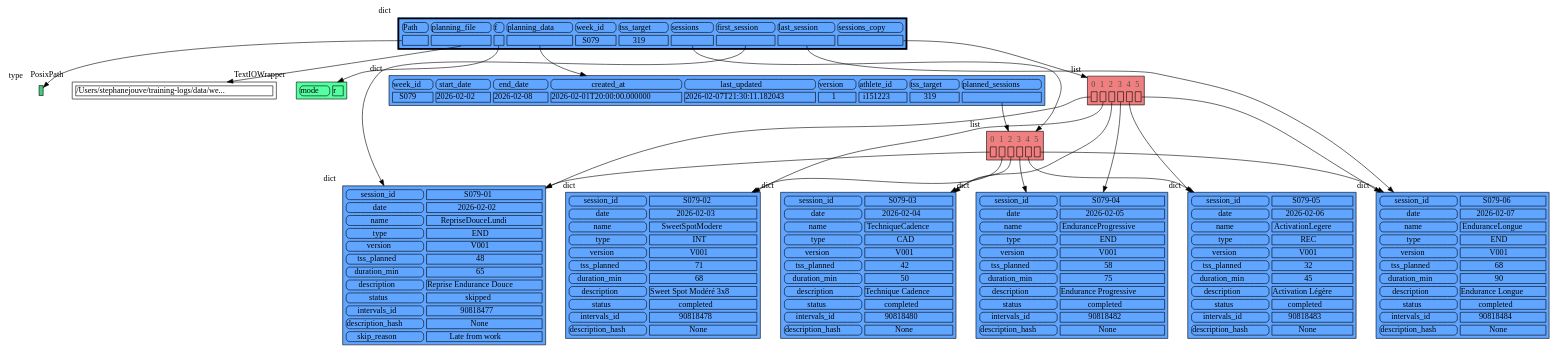
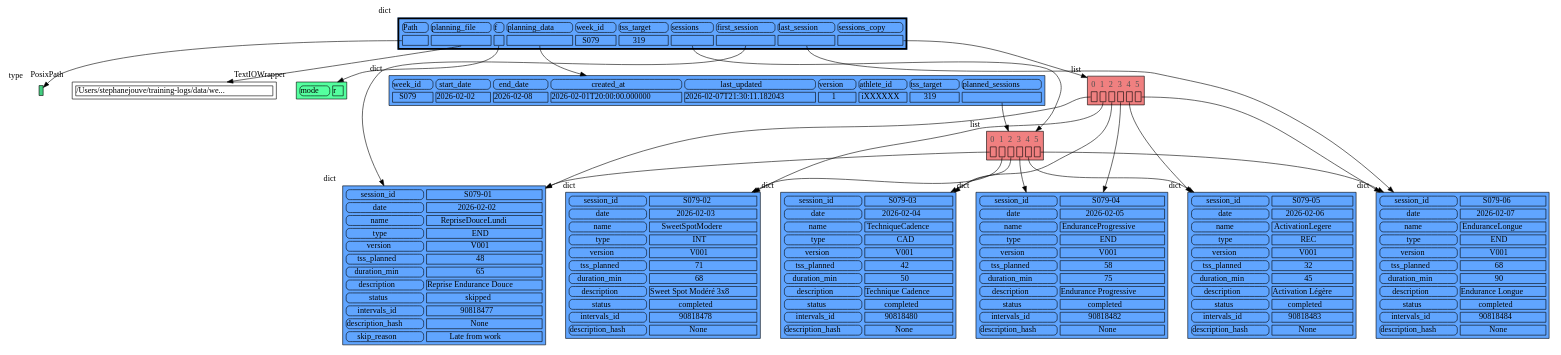
One commit to stephanejouve/magma-cycling changed the diagram in project-docs/archives/memory-graph-experiments/memory_graph_planning.gv. Above: the diagram before and after it, drawn with Graphviz. The commit also changed 34 other files, not shown here.

```diff
--- a/project-docs/archives/memory-graph-experiments/memory_graph_planning.gv
+++ b/project-docs/archives/memory-graph-experiments/memory_graph_planning.gv
@@ -1,158 +1,158 @@
 digraph memory_graph {
 	graph [fontname="Times-Roman" fontsize=14]
 	node [fontname="Times-Roman" fontsize=14 shape=plaintext]
 	edge [fontname="Times-Roman" fontsize=14]
 	node140293588569104 [label=<
 <TABLE BORDER="1" CELLBORDER="1" CELLSPACING="0" CELLPADDING="0" BGCOLOR="seagreen3" PORT="table">
     <TR><TD BORDER="0"> </TD></TR>
 </TABLE>
 > xlabel=type]
 	node4435326704 [label=<
 <TABLE BORDER="1" CELLBORDER="1" CELLSPACING="5" CELLPADDING="0" BGCOLOR="white" PORT="table">
     <TR><TD BORDER="1"> /Users/stephanejouve/training-logs/data/we... </TD></TR>
 </TABLE>
 > xlabel=PosixPath]
 	node4432517760 [label=<
 <TABLE BORDER="1" CELLBORDER="1" CELLSPACING="5" CELLPADDING="0" BGCOLOR="seagreen1" PORT="table">
     <TR><TD BORDER="1" STYLE="ROUNDED"> mode </TD><TD BORDER="1"> r </TD></TR>
 </TABLE>
 > xlabel=TextIOWrapper]
 	node4435983360 [label=<
 <TABLE BORDER="1" CELLBORDER="1" CELLSPACING="5" CELLPADDING="0" BGCOLOR="#60a5ff" PORT="table">
     <TR><TD BORDER="1" STYLE="ROUNDED"> session_id </TD><TD BORDER="1"> S079-01 </TD></TR>
     <TR><TD BORDER="1" STYLE="ROUNDED"> date </TD><TD BORDER="1"> 2026-02-02 </TD></TR>
     <TR><TD BORDER="1" STYLE="ROUNDED"> name </TD><TD BORDER="1"> RepriseDouceLundi </TD></TR>
     <TR><TD BORDER="1" STYLE="ROUNDED"> type </TD><TD BORDER="1"> END </TD></TR>
     <TR><TD BORDER="1" STYLE="ROUNDED"> version </TD><TD BORDER="1"> V001 </TD></TR>
     <TR><TD BORDER="1" STYLE="ROUNDED"> tss_planned </TD><TD BORDER="1"> 48 </TD></TR>
     <TR><TD BORDER="1" STYLE="ROUNDED"> duration_min </TD><TD BORDER="1"> 65 </TD></TR>
     <TR><TD BORDER="1" STYLE="ROUNDED"> description </TD><TD BORDER="1"> Reprise Endurance Douce </TD></TR>
     <TR><TD BORDER="1" STYLE="ROUNDED"> status </TD><TD BORDER="1"> skipped </TD></TR>
     <TR><TD BORDER="1" STYLE="ROUNDED"> intervals_id </TD><TD BORDER="1"> 90818477 </TD></TR>
     <TR><TD BORDER="1" STYLE="ROUNDED"> description_hash </TD><TD BORDER="1"> None </TD></TR>
     <TR><TD BORDER="1" STYLE="ROUNDED"> skip_reason </TD><TD BORDER="1"> Late from work </TD></TR>
 </TABLE>
 > xlabel=dict]
 	node4435983680 [label=<
 <TABLE BORDER="1" CELLBORDER="1" CELLSPACING="5" CELLPADDING="0" BGCOLOR="#60a5ff" PORT="table">
     <TR><TD BORDER="1" STYLE="ROUNDED"> session_id </TD><TD BORDER="1"> S079-02 </TD></TR>
     <TR><TD BORDER="1" STYLE="ROUNDED"> date </TD><TD BORDER="1"> 2026-02-03 </TD></TR>
     <TR><TD BORDER="1" STYLE="ROUNDED"> name </TD><TD BORDER="1"> SweetSpotModere </TD></TR>
     <TR><TD BORDER="1" STYLE="ROUNDED"> type </TD><TD BORDER="1"> INT </TD></TR>
     <TR><TD BORDER="1" STYLE="ROUNDED"> version </TD><TD BORDER="1"> V001 </TD></TR>
     <TR><TD BORDER="1" STYLE="ROUNDED"> tss_planned </TD><TD BORDER="1"> 71 </TD></TR>
     <TR><TD BORDER="1" STYLE="ROUNDED"> duration_min </TD><TD BORDER="1"> 68 </TD></TR>
     <TR><TD BORDER="1" STYLE="ROUNDED"> description </TD><TD BORDER="1"> Sweet Spot Modéré 3x8 </TD></TR>
     <TR><TD BORDER="1" STYLE="ROUNDED"> status </TD><TD BORDER="1"> completed </TD></TR>
     <TR><TD BORDER="1" STYLE="ROUNDED"> intervals_id </TD><TD BORDER="1"> 90818478 </TD></TR>
     <TR><TD BORDER="1" STYLE="ROUNDED"> description_hash </TD><TD BORDER="1"> None </TD></TR>
 </TABLE>
 > xlabel=dict]
 	node4435761344 [label=<
 <TABLE BORDER="1" CELLBORDER="1" CELLSPACING="5" CELLPADDING="0" BGCOLOR="#60a5ff" PORT="table">
     <TR><TD BORDER="1" STYLE="ROUNDED"> session_id </TD><TD BORDER="1"> S079-03 </TD></TR>
     <TR><TD BORDER="1" STYLE="ROUNDED"> date </TD><TD BORDER="1"> 2026-02-04 </TD></TR>
     <TR><TD BORDER="1" STYLE="ROUNDED"> name </TD><TD BORDER="1"> TechniqueCadence </TD></TR>
     <TR><TD BORDER="1" STYLE="ROUNDED"> type </TD><TD BORDER="1"> CAD </TD></TR>
     <TR><TD BORDER="1" STYLE="ROUNDED"> version </TD><TD BORDER="1"> V001 </TD></TR>
     <TR><TD BORDER="1" STYLE="ROUNDED"> tss_planned </TD><TD BORDER="1"> 42 </TD></TR>
     <TR><TD BORDER="1" STYLE="ROUNDED"> duration_min </TD><TD BORDER="1"> 50 </TD></TR>
     <TR><TD BORDER="1" STYLE="ROUNDED"> description </TD><TD BORDER="1"> Technique Cadence </TD></TR>
     <TR><TD BORDER="1" STYLE="ROUNDED"> status </TD><TD BORDER="1"> completed </TD></TR>
     <TR><TD BORDER="1" STYLE="ROUNDED"> intervals_id </TD><TD BORDER="1"> 90818480 </TD></TR>
     <TR><TD BORDER="1" STYLE="ROUNDED"> description_hash </TD><TD BORDER="1"> None </TD></TR>
 </TABLE>
 > xlabel=dict]
 	node4435981184 [label=<
 <TABLE BORDER="1" CELLBORDER="1" CELLSPACING="5" CELLPADDING="0" BGCOLOR="#60a5ff" PORT="table">
     <TR><TD BORDER="1" STYLE="ROUNDED"> session_id </TD><TD BORDER="1"> S079-04 </TD></TR>
     <TR><TD BORDER="1" STYLE="ROUNDED"> date </TD><TD BORDER="1"> 2026-02-05 </TD></TR>
     <TR><TD BORDER="1" STYLE="ROUNDED"> name </TD><TD BORDER="1"> EnduranceProgressive </TD></TR>
     <TR><TD BORDER="1" STYLE="ROUNDED"> type </TD><TD BORDER="1"> END </TD></TR>
     <TR><TD BORDER="1" STYLE="ROUNDED"> version </TD><TD BORDER="1"> V001 </TD></TR>
     <TR><TD BORDER="1" STYLE="ROUNDED"> tss_planned </TD><TD BORDER="1"> 58 </TD></TR>
     <TR><TD BORDER="1" STYLE="ROUNDED"> duration_min </TD><TD BORDER="1"> 75 </TD></TR>
     <TR><TD BORDER="1" STYLE="ROUNDED"> description </TD><TD BORDER="1"> Endurance Progressive </TD></TR>
     <TR><TD BORDER="1" STYLE="ROUNDED"> status </TD><TD BORDER="1"> completed </TD></TR>
     <TR><TD BORDER="1" STYLE="ROUNDED"> intervals_id </TD><TD BORDER="1"> 90818482 </TD></TR>
     <TR><TD BORDER="1" STYLE="ROUNDED"> description_hash </TD><TD BORDER="1"> None </TD></TR>
 </TABLE>
 > xlabel=dict]
 	node4435983232 [label=<
 <TABLE BORDER="1" CELLBORDER="1" CELLSPACING="5" CELLPADDING="0" BGCOLOR="#60a5ff" PORT="table">
     <TR><TD BORDER="1" STYLE="ROUNDED"> session_id </TD><TD BORDER="1"> S079-05 </TD></TR>
     <TR><TD BORDER="1" STYLE="ROUNDED"> date </TD><TD BORDER="1"> 2026-02-06 </TD></TR>
     <TR><TD BORDER="1" STYLE="ROUNDED"> name </TD><TD BORDER="1"> ActivationLegere </TD></TR>
     <TR><TD BORDER="1" STYLE="ROUNDED"> type </TD><TD BORDER="1"> REC </TD></TR>
     <TR><TD BORDER="1" STYLE="ROUNDED"> version </TD><TD BORDER="1"> V001 </TD></TR>
     <TR><TD BORDER="1" STYLE="ROUNDED"> tss_planned </TD><TD BORDER="1"> 32 </TD></TR>
     <TR><TD BORDER="1" STYLE="ROUNDED"> duration_min </TD><TD BORDER="1"> 45 </TD></TR>
     <TR><TD BORDER="1" STYLE="ROUNDED"> description </TD><TD BORDER="1"> Activation Légère </TD></TR>
     <TR><TD BORDER="1" STYLE="ROUNDED"> status </TD><TD BORDER="1"> completed </TD></TR>
     <TR><TD BORDER="1" STYLE="ROUNDED"> intervals_id </TD><TD BORDER="1"> 90818483 </TD></TR>
     <TR><TD BORDER="1" STYLE="ROUNDED"> description_hash </TD><TD BORDER="1"> None </TD></TR>
 </TABLE>
 > xlabel=dict]
 	node4435983104 [label=<
 <TABLE BORDER="1" CELLBORDER="1" CELLSPACING="5" CELLPADDING="0" BGCOLOR="#60a5ff" PORT="table">
     <TR><TD BORDER="1" STYLE="ROUNDED"> session_id </TD><TD BORDER="1"> S079-06 </TD></TR>
     <TR><TD BORDER="1" STYLE="ROUNDED"> date </TD><TD BORDER="1"> 2026-02-07 </TD></TR>
     <TR><TD BORDER="1" STYLE="ROUNDED"> name </TD><TD BORDER="1"> EnduranceLongue </TD></TR>
     <TR><TD BORDER="1" STYLE="ROUNDED"> type </TD><TD BORDER="1"> END </TD></TR>
     <TR><TD BORDER="1" STYLE="ROUNDED"> version </TD><TD BORDER="1"> V001 </TD></TR>
     <TR><TD BORDER="1" STYLE="ROUNDED"> tss_planned </TD><TD BORDER="1"> 68 </TD></TR>
     <TR><TD BORDER="1" STYLE="ROUNDED"> duration_min </TD><TD BORDER="1"> 90 </TD></TR>
     <TR><TD BORDER="1" STYLE="ROUNDED"> description </TD><TD BORDER="1"> Endurance Longue </TD></TR>
     <TR><TD BORDER="1" STYLE="ROUNDED"> status </TD><TD BORDER="1"> completed </TD></TR>
     <TR><TD BORDER="1" STYLE="ROUNDED"> intervals_id </TD><TD BORDER="1"> 90818484 </TD></TR>
     <TR><TD BORDER="1" STYLE="ROUNDED"> description_hash </TD><TD BORDER="1"> None </TD></TR>
 </TABLE>
 > xlabel=dict]
 	node4430542208 [label=<
 <TABLE BORDER="1" CELLBORDER="1" CELLSPACING="5" CELLPADDING="0" BGCOLOR="lightcoral" PORT="table">
     <TR><TD BORDER="0"><font color="#505050">0</font></TD><TD BORDER="0"><font color="#505050">1</font></TD><TD BORDER="0"><font color="#505050">2</font></TD><TD BORDER="0"><font color="#505050">3</font></TD><TD BORDER="0"><font color="#505050">4</font></TD><TD BORDER="0"><font color="#505050">5</font></TD></TR>
     <TR><TD BORDER="1" PORT="ref0"> </TD><TD BORDER="1" PORT="ref1"> </TD><TD BORDER="1" PORT="ref2"> </TD><TD BORDER="1" PORT="ref3"> </TD><TD BORDER="1" PORT="ref4"> </TD><TD BORDER="1" PORT="ref5"> </TD></TR>
 </TABLE>
 > xlabel=list]
 	node4430542208:ref0 -> node4435983360:table [style=solid]
 	node4430542208:ref1 -> node4435983680:table [style=solid]
 	node4430542208:ref2 -> node4435761344:table [style=solid]
 	node4430542208:ref3 -> node4435981184:table [style=solid]
 	node4430542208:ref4 -> node4435983232:table [style=solid]
 	node4430542208:ref5 -> node4435983104:table [style=solid]
 	node4433003776 [label=<
 <TABLE BORDER="1" CELLBORDER="1" CELLSPACING="5" CELLPADDING="0" BGCOLOR="#60a5ff" PORT="table">
     <TR><TD BORDER="1" STYLE="ROUNDED"> week_id </TD><TD BORDER="1" STYLE="ROUNDED"> start_date </TD><TD BORDER="1" STYLE="ROUNDED"> end_date </TD><TD BORDER="1" STYLE="ROUNDED"> created_at </TD><TD BORDER="1" STYLE="ROUNDED"> last_updated </TD><TD BORDER="1" STYLE="ROUNDED"> version </TD><TD BORDER="1" STYLE="ROUNDED"> athlete_id </TD><TD BORDER="1" STYLE="ROUNDED"> tss_target </TD><TD BORDER="1" STYLE="ROUNDED"> planned_sessions </TD></TR>
-    <TR><TD BORDER="1"> S079 </TD><TD BORDER="1"> 2026-02-02 </TD><TD BORDER="1"> 2026-02-08 </TD><TD BORDER="1"> 2026-02-01T20:00:00.000000 </TD><TD BORDER="1"> 2026-02-07T21:30:11.182043 </TD><TD BORDER="1"> 1 </TD><TD BORDER="1"> i151223 </TD><TD BORDER="1"> 319 </TD><TD BORDER="1" PORT="ref0"> </TD></TR>
+    <TR><TD BORDER="1"> S079 </TD><TD BORDER="1"> 2026-02-02 </TD><TD BORDER="1"> 2026-02-08 </TD><TD BORDER="1"> 2026-02-01T20:00:00.000000 </TD><TD BORDER="1"> 2026-02-07T21:30:11.182043 </TD><TD BORDER="1"> 1 </TD><TD BORDER="1"> iXXXXXX </TD><TD BORDER="1"> 319 </TD><TD BORDER="1" PORT="ref0"> </TD></TR>
 </TABLE>
 > xlabel=dict]
 	node4433003776:ref0 -> node4430542208:table [style=solid]
 	node4435868672 [label=<
 <TABLE BORDER="1" CELLBORDER="1" CELLSPACING="5" CELLPADDING="0" BGCOLOR="lightcoral" PORT="table">
     <TR><TD BORDER="0"><font color="#505050">0</font></TD><TD BORDER="0"><font color="#505050">1</font></TD><TD BORDER="0"><font color="#505050">2</font></TD><TD BORDER="0"><font color="#505050">3</font></TD><TD BORDER="0"><font color="#505050">4</font></TD><TD BORDER="0"><font color="#505050">5</font></TD></TR>
     <TR><TD BORDER="1" PORT="ref0"> </TD><TD BORDER="1" PORT="ref1"> </TD><TD BORDER="1" PORT="ref2"> </TD><TD BORDER="1" PORT="ref3"> </TD><TD BORDER="1" PORT="ref4"> </TD><TD BORDER="1" PORT="ref5"> </TD></TR>
 </TABLE>
 > xlabel=list]
 	node4435868672:ref0 -> node4435983360:table [style=solid]
 	node4435868672:ref1 -> node4435983680:table [style=solid]
 	node4435868672:ref2 -> node4435761344:table [style=solid]
 	node4435868672:ref3 -> node4435981184:table [style=solid]
 	node4435868672:ref4 -> node4435983232:table [style=solid]
 	node4435868672:ref5 -> node4435983104:table [style=solid]
 	node4430780544 [label=<
 <TABLE BORDER="3" CELLBORDER="1" CELLSPACING="5" CELLPADDING="0" BGCOLOR="#60a5ff" PORT="table">
     <TR><TD BORDER="1" STYLE="ROUNDED"> Path </TD><TD BORDER="1" STYLE="ROUNDED"> planning_file </TD><TD BORDER="1" STYLE="ROUNDED"> f </TD><TD BORDER="1" STYLE="ROUNDED"> planning_data </TD><TD BORDER="1" STYLE="ROUNDED"> week_id </TD><TD BORDER="1" STYLE="ROUNDED"> tss_target </TD><TD BORDER="1" STYLE="ROUNDED"> sessions </TD><TD BORDER="1" STYLE="ROUNDED"> first_session </TD><TD BORDER="1" STYLE="ROUNDED"> last_session </TD><TD BORDER="1" STYLE="ROUNDED"> sessions_copy </TD></TR>
     <TR><TD BORDER="1" PORT="ref0"> </TD><TD BORDER="1" PORT="ref1"> </TD><TD BORDER="1" PORT="ref2"> </TD><TD BORDER="1" PORT="ref3"> </TD><TD BORDER="1"> S079 </TD><TD BORDER="1"> 319 </TD><TD BORDER="1" PORT="ref4"> </TD><TD BORDER="1" PORT="ref5"> </TD><TD BORDER="1" PORT="ref6"> </TD><TD BORDER="1" PORT="ref7"> </TD></TR>
 </TABLE>
 > xlabel=dict]
 	node4430780544:ref0 -> node140293588569104:table [style=solid]
 	node4430780544:ref1 -> node4435326704:table [style=solid]
 	node4430780544:ref2 -> node4432517760:table [style=solid]
 	node4430780544:ref3 -> node4433003776:table [style=solid]
 	node4430780544:ref4 -> node4430542208:table [style=solid]
 	node4430780544:ref5 -> node4435983360:table [style=solid]
 	node4430780544:ref6 -> node4435983104:table [style=solid]
 	node4430780544:ref7 -> node4435868672:table [style=solid]
 subgraph { rank=same; node140293588569104 -> node4435326704 -> node4432517760 -> node4433003776 -> node4435868672[weight=10, style=invis]; }
 subgraph { rank=same; node4435983360 -> node4435983680 -> node4435761344 -> node4435981184 -> node4435983232 -> node4435983104[weight=10, style=invis]; }
 }
```
